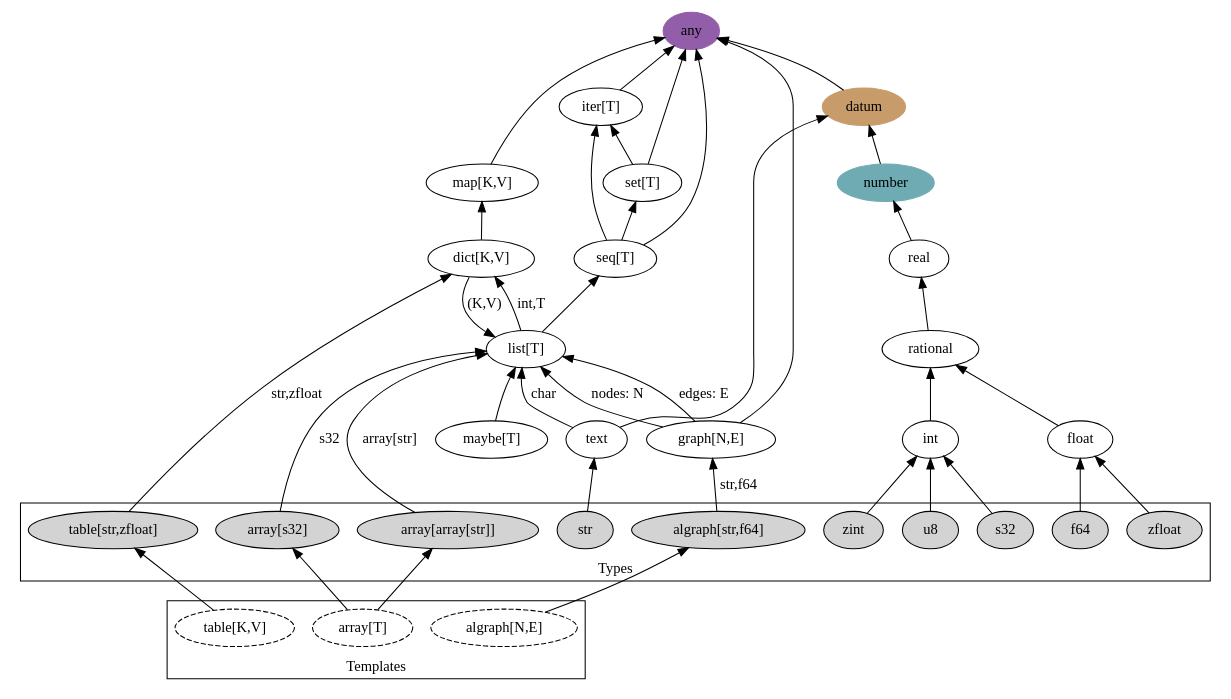
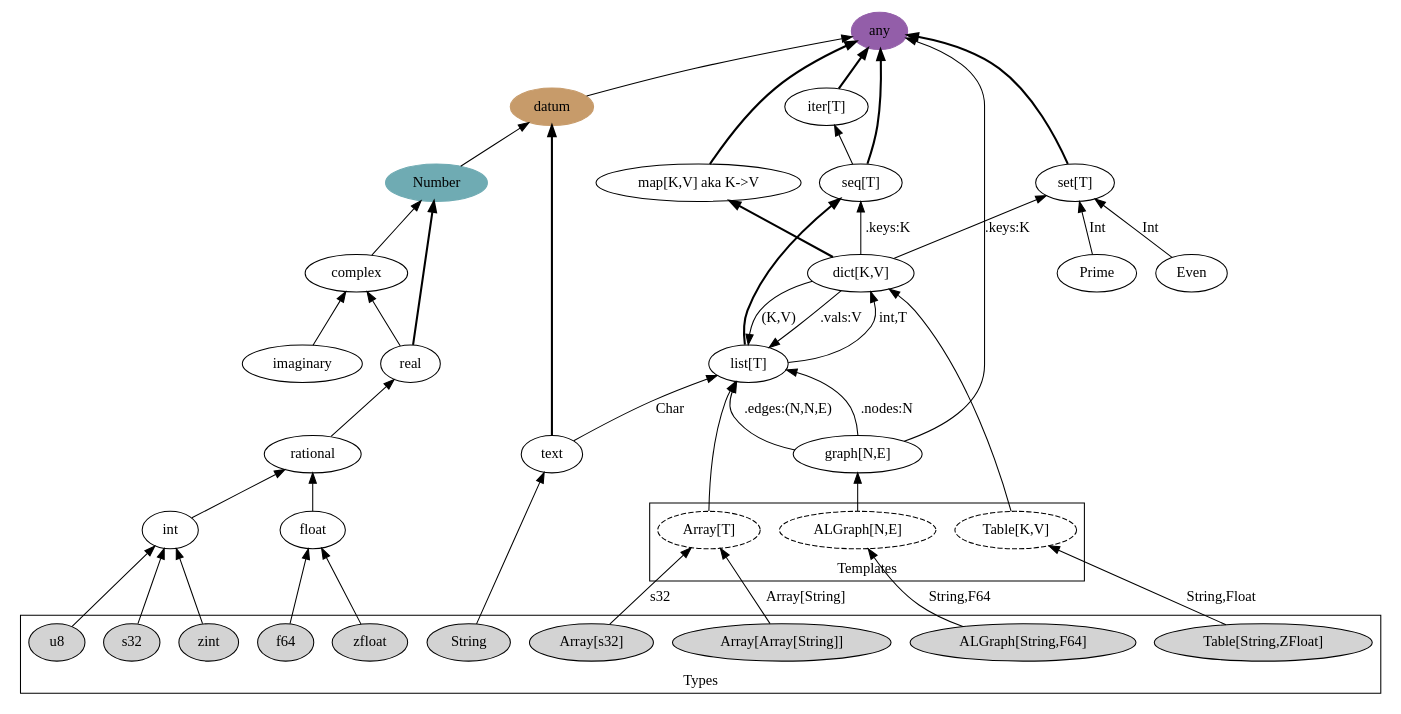
The diagram in files/src/K0001/types0.dot (gcrois/gcrois.github.io), drawn with Graphviz before and after one commit. The commit also changed 2 other files, not shown here.

```diff
--- a/files/src/K0001/types0.dot
+++ b/files/src/K0001/types0.dot
@@ -1,101 +1,114 @@
 digraph {
     #layout="fdp";
     rankdir="BT";
     #concentrate=true;
 
     # CLUSTERS
     subgraph cluster_0 {
         label="Templates";
         
-        array [label="array[T]", style="dashed"];
-        table [label="table[K,V]", style="dashed"];
-        algraph [label="algraph[N,E]", style="dashed"];
+        array [label="Array[T]", style="dashed"];
+        table [label="Table[K,V]", style="dashed"];
+        algraph [label="ALGraph[N,E]", style="dashed"];
     }
 
     subgraph cluster_1 {
         label="Types";
         f64, zfloat [style="filled"];
         u8, s32, zint [style="filled"];
+        str [label="String", style="filled"];
 
-        array0 [label="array[s32]", style="filled"];
-        array1 [label="array[array[str]]", style="filled"];
+        array0 [label="Array[s32]", style="filled"];
+        array1 [label="Array[Array[String]]", style="filled"];
 
-        table0 [label="table[str,zfloat]", style="filled"];
+        table0 [label="Table[String,ZFloat]", style="filled"];
 
-        algraph0 [label="algraph[str,f64]", style="filled"];
+        algraph0 [label="ALGraph[String,F64]", style="filled"];
 
-        str [label="str", style="filled"];
     }
 
-    array0 -> list [label="s32"];
-    array1 -> list [label="array[str]"];
-    array -> array0, array1;
+    array -> list;
+    table -> dict;
+    algraph -> graph_;
 
-    algraph0 -> graph_ [label="str,f64"];
-    algraph -> algraph0;
+    array0 -> array [label="s32"];
+    array1 -> array [label="Array[String]"];
 
-    table -> table0;
-    table0 -> dict [label="str,zfloat"];
+    algraph0 -> algraph [label="String,F64"];
+
+    table0 -> table [label="String,Float"];
     str -> text;
-    text -> list[label="char"];
+    text -> list [label="Char"];
+
+    Prime;
+    Even;
+    Even -> set [label="Int"];
+    Prime -> set [label="Int"];
 
     #array -> list;
     #table -> dict;
     #algraph -> graph_;
 
     # NODES (FORMS)
 
     any [color="#935EA9", style="filled"];
 
     datum [color="#C79B6A", style="filled"];
     datum -> any;
 
-    text -> datum;
+    text -> datum [style="bold"];
+    #char -> text [style="bold"];
 
-    number [color="#6FABB3", style="filled"];
+    number [label="Number", color="#6FABB3", style="filled"];
     number -> datum;
 
-    real -> number;
+    real -> number [style="bold"];
+    complex -> number;
+    real -> complex;
+    imaginary -> complex;
     rational -> real;
     float -> rational;
     int -> rational;
 
-    map [label="map[K,V]"];
-    map -> any;
+    #group [label="Group[T]"];
+    #group -> set;
+
+    map [label="map[K,V] aka K->V"];
+    map -> any [style="bold"];
 
     set [label="set[T]"];
-    set -> any;
-    set -> iter;
+    set -> any [style="bold"];
 
     seq [label="seq[T]"];
-    seq -> any;
     seq -> iter;
-    seq -> set;
-
+    seq -> any [style="bold"];
 
     iter [label="iter[T]"];
-    iter -> any;
+    iter -> any [style="bold"];
 
     list [label="list[T]"];
+    list -> seq [style="bold"];
     list -> dict [label="int,T"];
-    list -> seq;
 
-    maybe [label="maybe[T]"];
-    maybe -> list;
+    #maybe [label="maybe[T]"];
+    #maybe -> list;
 
     #func [label="func[A,R]"];
     #func -> map [label="A,R"];
 
     dict [label="dict[K,V]"];
-    dict -> map;
+    dict -> map [style="bold"];
+    dict -> set [label=".keys:K"];
+    dict -> seq [label=".keys:K"];
     dict -> list [label="(K,V)"];
+    dict -> list [label=".vals:V"];
 
     graph_ [label="graph[N,E]"];
     graph_ -> any;
-    graph_ -> list [label="nodes: N"];
-    graph_ -> list [label="edges: E"];
+    graph_ -> list [label=".nodes:N"];
+    graph_ -> list [label=".edges:(N,N,E)"];
 
     u8, s32, zint -> int;
     f64, zfloat -> float;
 
 }
```
